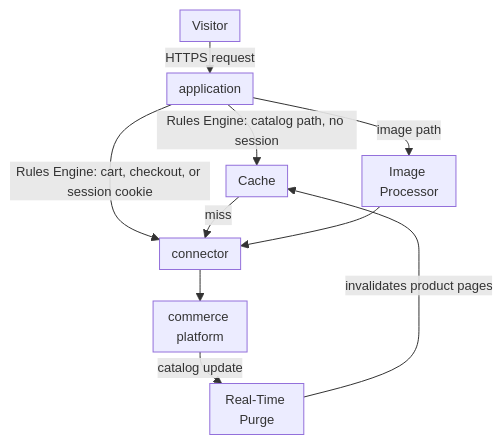
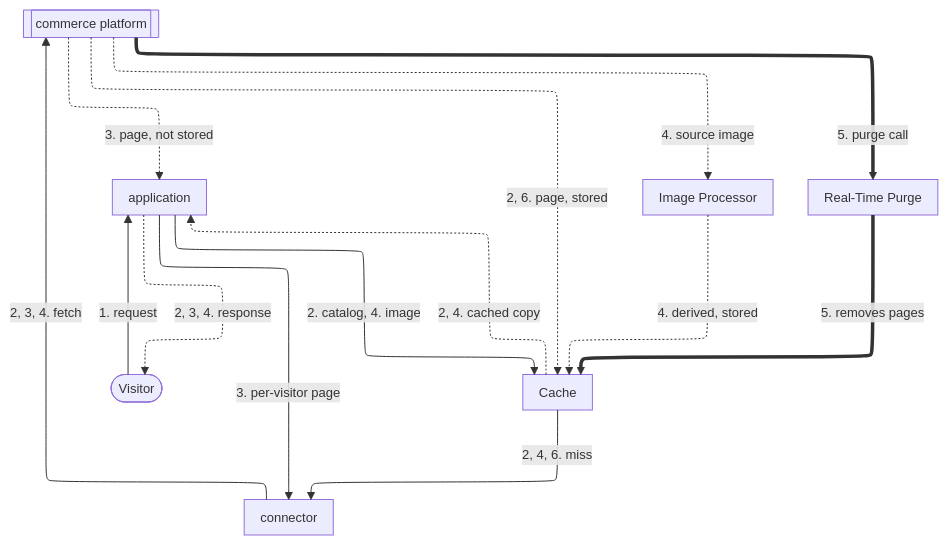
One commit to aziontech/docs changed the first of 3 diagrams in apps/docs/src/content/docs/en/pages/use-cases/build-and-run-applications/build-e-commerce-storefronts.mdx. Above: the diagram before and after it, drawn with Mermaid. The commit also changed other lines of this file and 55 other files, not shown here.

Commit message:
docs(use-cases): redraw the use-case diagrams with the way back and check their claims (#2509)

````diff
--- a/apps/docs/src/content/docs/en/pages/use-cases/build-and-run-applications/build-e-commerce-storefronts.mdx
+++ b/apps/docs/src/content/docs/en/pages/use-cases/build-and-run-applications/build-e-commerce-storefronts.mdx
@@ -40,13 +42,24 @@
 ```mermaid
-%%{init: {"layout": "dagre", "themeVariables": {"fontSize": "13px"}, "flowchart": {"nodeSpacing": 12, "rankSpacing": 12, "padding": 6, "wrappingWidth": 70, "minNodeWidth": 40, "useMaxWidth": true}}}%%
+%%{init: {"layout": "elk", "themeVariables": {"fontSize": "13px"}, "flowchart": {"nodeSpacing": 24, "rankSpacing": 36, "padding": 8, "wrappingWidth": 150, "useMaxWidth": true}, "sequence": {"width": 120, "actorMargin": 30, "useMaxWidth": true}}}%%
 flowchart TD
-  Visitor["Visitor"] -->|"HTTPS request"| App["application"]
-  App -->|"Rules Engine: catalog path, no session"| Cache["Cache"]
-  App -->|"Rules Engine: cart, checkout, or session cookie"| Connector["connector"]
-  App -->|"image path"| IP["Image Processor"]
-  Cache -->|"miss"| Connector
-  IP --> Connector
-  Connector --> Store["commerce platform"]
-  Store -->|"catalog update"| Purge["Real-Time Purge"]
-  Purge -->|"invalidates product pages"| Cache
+  Visitor(["Visitor"])
+  App["application"]
+  Cache["Cache"]
+  Conn["connector"]
+  Store[["commerce platform"]]
+  IP["Image Processor"]
+  Purge["Real-Time Purge"]
+  Visitor -->|"1. request"| App
+  App -->|"2. catalog, 4. image"| Cache
+  App -->|"3. per-visitor page"| Conn
+  Cache -->|"2, 4, 6. miss"| Conn
+  Conn -->|"2, 3, 4. fetch"| Store
+  Store -.->|"2, 6. page, stored"| Cache
+  Store -.->|"4. source image"| IP
+  IP -.->|"4. derived, stored"| Cache
+  Store -.->|"3. page, not stored"| App
+  Cache -.->|"2, 4. cached copy"| App
+  App -.->|"2, 3, 4. response"| Visitor
+  Store ==>|"5. purge call"| Purge
+  Purge ==>|"5. removes pages"| Cache
 ```
````
